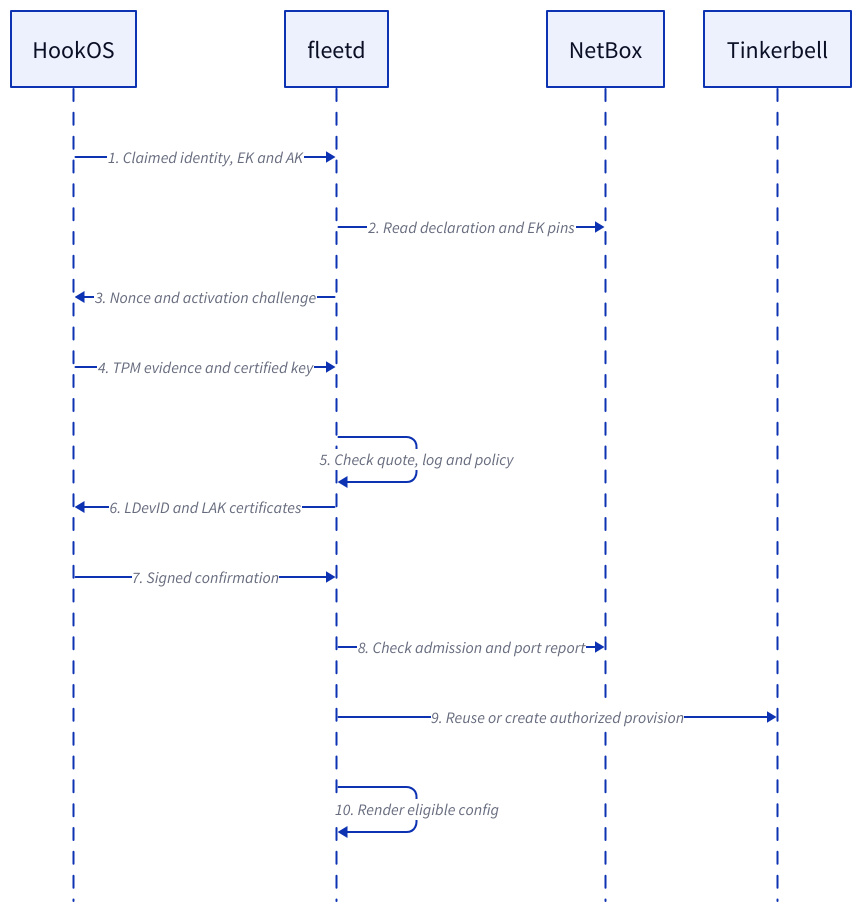
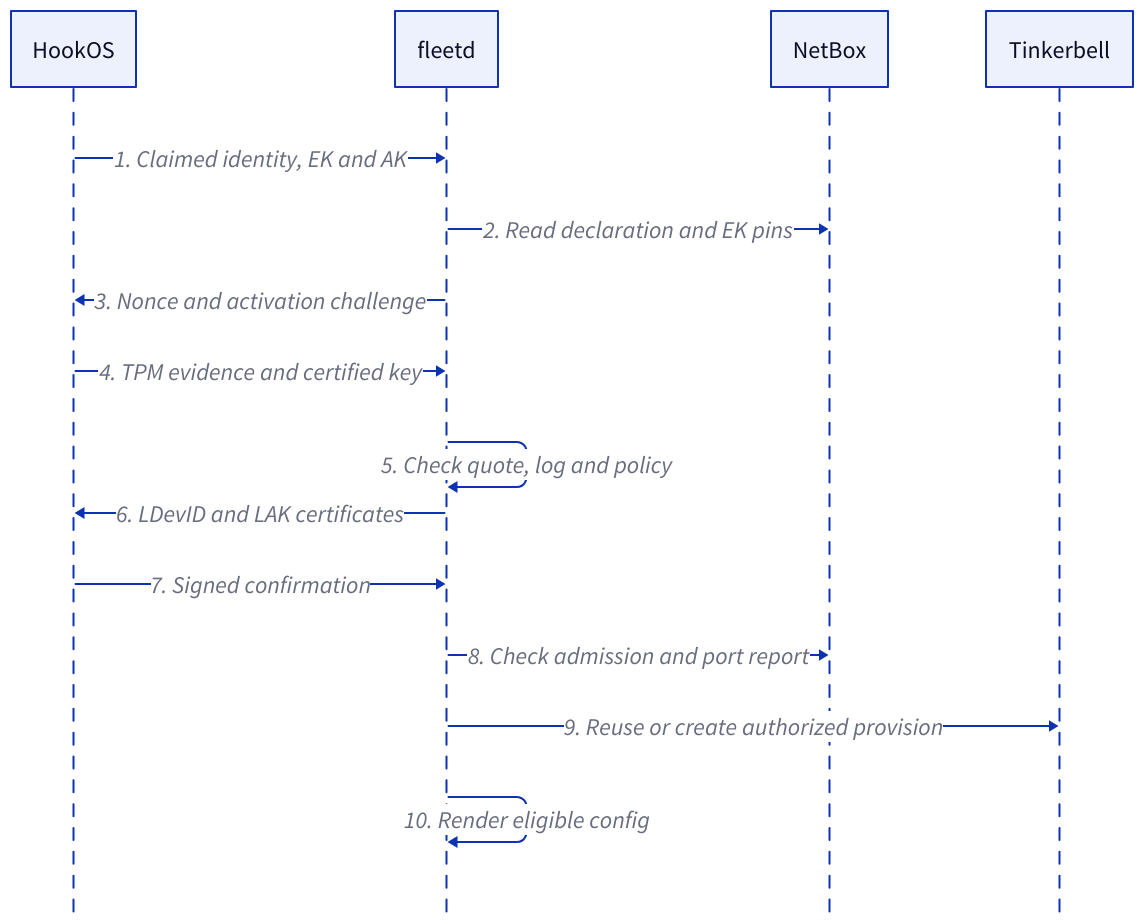
Before and after one commit to jonpulsifer/infra: the diagram in docs/assets/folly-design-admission.d2, drawn with D2. The commit also changed 7 other files, not shown here.

Commit message:
docs: increase diagram label size for print

```diff
--- a/docs/assets/folly-design-admission.d2
+++ b/docs/assets/folly-design-admission.d2
@@ -1,17 +1,17 @@
 vars: {d2-config: {theme-id: 0; pad: 24}}
 shape: sequence_diagram
 node: HookOS
 fleet: fleetd
 netbox: NetBox
 tink: Tinkerbell
-node -> fleet: "1. Claimed identity, EK and AK"
-fleet -> netbox: "2. Read declaration and EK pins"
-fleet -> node: "3. Nonce and activation challenge"
-node -> fleet: "4. TPM evidence and certified key"
-fleet -> fleet: "5. Check quote, log and policy"
-fleet -> node: "6. LDevID and LAK certificates"
-node -> fleet: "7. Signed confirmation"
-fleet -> netbox: "8. Check admission and port report"
-fleet -> tink: "9. Reuse or create authorized provision"
-fleet -> fleet: "10. Render eligible config"
+node -> fleet: "1. Claimed identity, EK and AK" {style.font-size: 24}
+fleet -> netbox: "2. Read declaration and EK pins" {style.font-size: 24}
+fleet -> node: "3. Nonce and activation challenge" {style.font-size: 24}
+node -> fleet: "4. TPM evidence and certified key" {style.font-size: 24}
+fleet -> fleet: "5. Check quote, log and policy" {style.font-size: 24}
+fleet -> node: "6. LDevID and LAK certificates" {style.font-size: 24}
+node -> fleet: "7. Signed confirmation" {style.font-size: 24}
+fleet -> netbox: "8. Check admission and port report" {style.font-size: 24}
+fleet -> tink: "9. Reuse or create authorized provision" {style.font-size: 24}
+fleet -> fleet: "10. Render eligible config" {style.font-size: 24}
 **.style.font-size: 24
```
